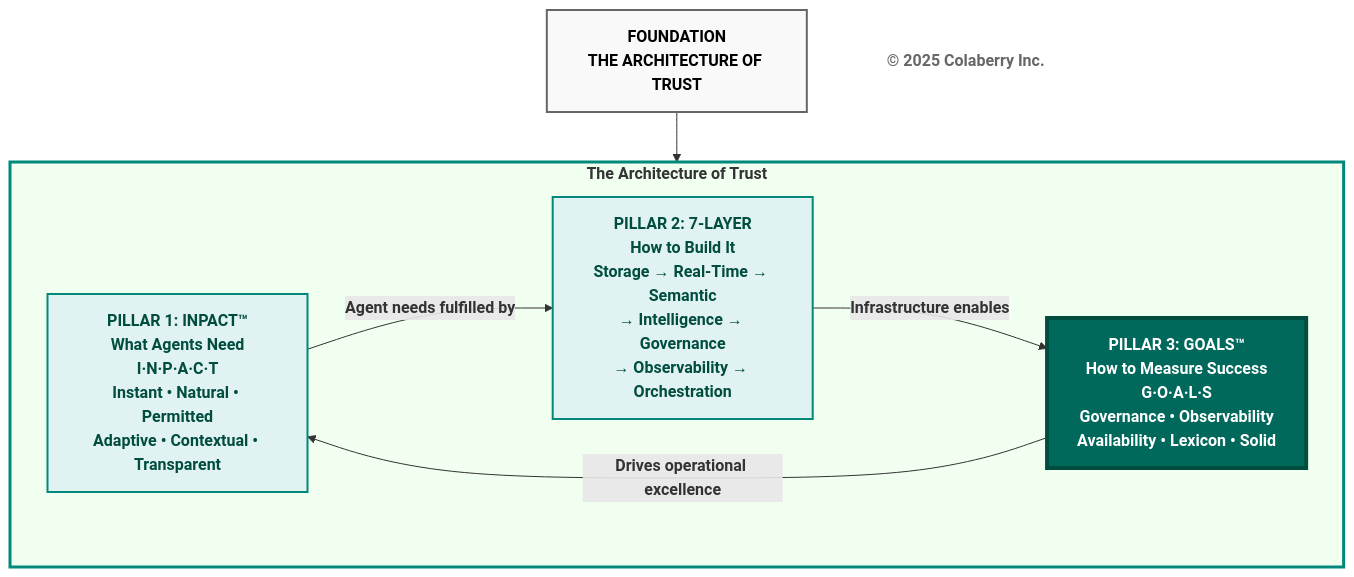
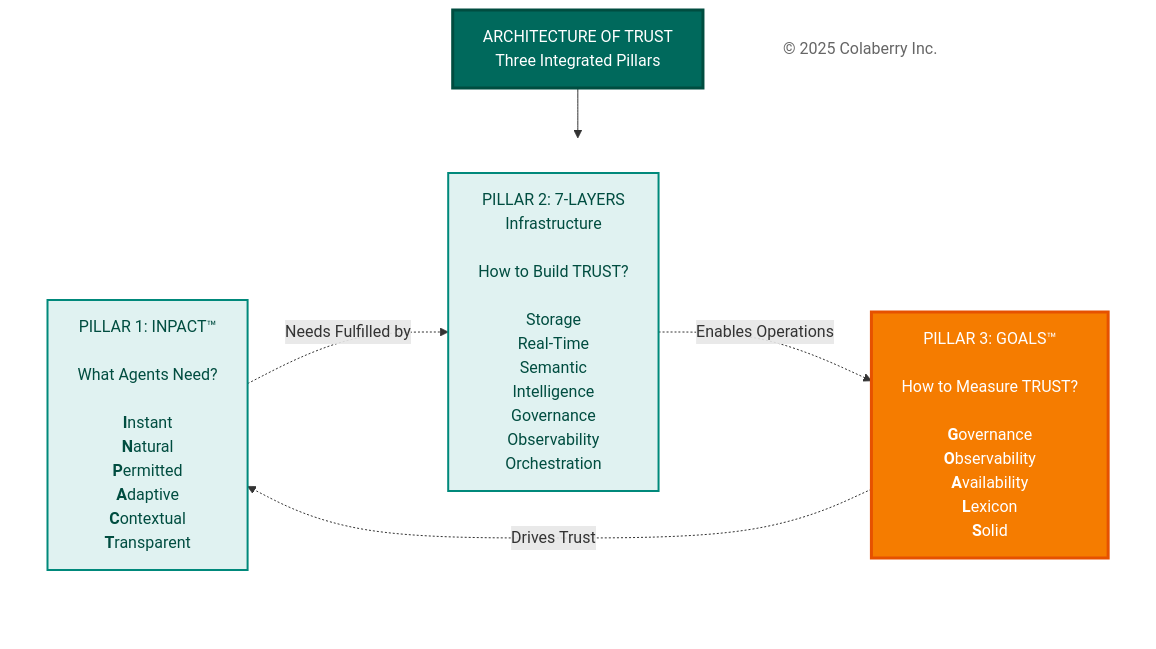
One commit to colaberry/trust-before-intelligence-book changed the second of 14 diagrams in manuscript/08_chapter_7_goals_framework_v3_0.md. Above: the diagram before and after it, drawn with Mermaid.

Commit message:
Committing the architecture of trust
Committing the architecture of trust

````diff
--- a/manuscript/08_chapter_7_goals_framework_v3_0.md
+++ b/manuscript/08_chapter_7_goals_framework_v3_0.md
@@ -229,27 +229,30 @@
 ```mermaid
+
 graph TB
-    subgraph ARCH["<b>The Architecture of Trust</b>"]
-        PILLAR1["<b>PILLAR 1: INPACT™</b><br/><b>What Agents Need</b><br/><b>I·N·P·A·C·T</b><br/><b>Instant • Natural • Permitted</b><br/><b>Adaptive • Contextual • Transparent</b>"]
+    Title["ARCHITECTURE OF TRUST<br/>Three Integrated Pillars"]
+    
+    subgraph PILLARS[" "]
+        direction LR
+        INPACT["PILLAR 1: INPACT™<br/><br/>What Agents Need?<br/><br/><b>I</b>nstant<br/><b>N</b>atural<br/><b>P</b>ermitted<br/><b>A</b>daptive<br/><b>C</b>ontextual<br/><b>T</b>ransparent"]
         
-        PILLAR2["<b>PILLAR 2: 7-LAYER</b><br/><b>How to Build It</b><br/><b>Storage → Real-Time → Semantic</b><br/><b>→ Intelligence → Governance</b><br/><b>→ Observability → Orchestration</b>"]
+        Layers["PILLAR 2: 7-LAYERS<br/>Infrastructure<br/><br/>How to Build TRUST?<br/><br/>Storage<br/>Real-Time<br/>Semantic<br/>Intelligence<br/>Governance<br/>Observability<br/>Orchestration"]
         
-        PILLAR3["<b>PILLAR 3: GOALS™</b><br/><b>How to Measure Success</b><br/><b>G·O·A·L·S</b><br/><b>Governance • Observability</b><br/><b>Availability • Lexicon • Solid</b>"]
-        
-        PILLAR1 -->|<b>Agent needs fulfilled by</b>| PILLAR2
-        PILLAR2 -->|<b>Infrastructure enables</b>| PILLAR3
-        PILLAR3 -->|<b>Drives operational excellence</b>| PILLAR1
+        GOALS["PILLAR 3: GOALS™<br/><br/>How to Measure TRUST?<br/><br/><b>G</b>overnance<br/><b>O</b>bservability<br/><b>A</b>vailability<br/><b>L</b>exicon<br/><b>S</b>olid"]
     end
     
-    FOUNDATION["<b>FOUNDATION</b><br/><b>THE ARCHITECTURE OF TRUST</b>"]
+    Copyright["© 2025 Colaberry Inc."]
     
-    FOUNDATION --> ARCH
+    Title --> PILLARS
     
-    style ARCH fill:#f0fff0,stroke:#00897b,stroke-width:3px
-    style PILLAR1 fill:#e0f2f1,stroke:#00897b,stroke-width:2px,color:#004d40
-    style PILLAR2 fill:#e0f2f1,stroke:#00897b,stroke-width:2px,color:#004d40
-    style PILLAR3 fill:#00695c,color:#ffffff,stroke:#004d40,stroke-width:4px
-    style FOUNDATION fill:#f9f9f9,stroke:#666666,stroke-width:2px,color:#000000
+    INPACT -.->|"Needs Fulfilled by"| Layers
+    Layers -.->|"Enables Operations"| GOALS
+    GOALS -.->|"Drives Trust"| INPACT
     
-    Copyright["<b>© 2025 Colaberry Inc.</b>"]
+    style Title fill:#00695c,color:#ffffff,stroke:#004d40,stroke-width:3px
+    style PILLARS fill:none,stroke:none
+    style INPACT fill:#e0f2f1,stroke:#00897b,stroke-width:2px,color:#004d40
+    style Layers fill:#e0f2f1,stroke:#00897b,stroke-width:2px,color:#004d40
+    style GOALS fill:#f57c00,stroke:#e65100,stroke-width:3px,color:#ffffff
     style Copyright fill:#ffffff,stroke:none,color:#666666
+
 ```
````
